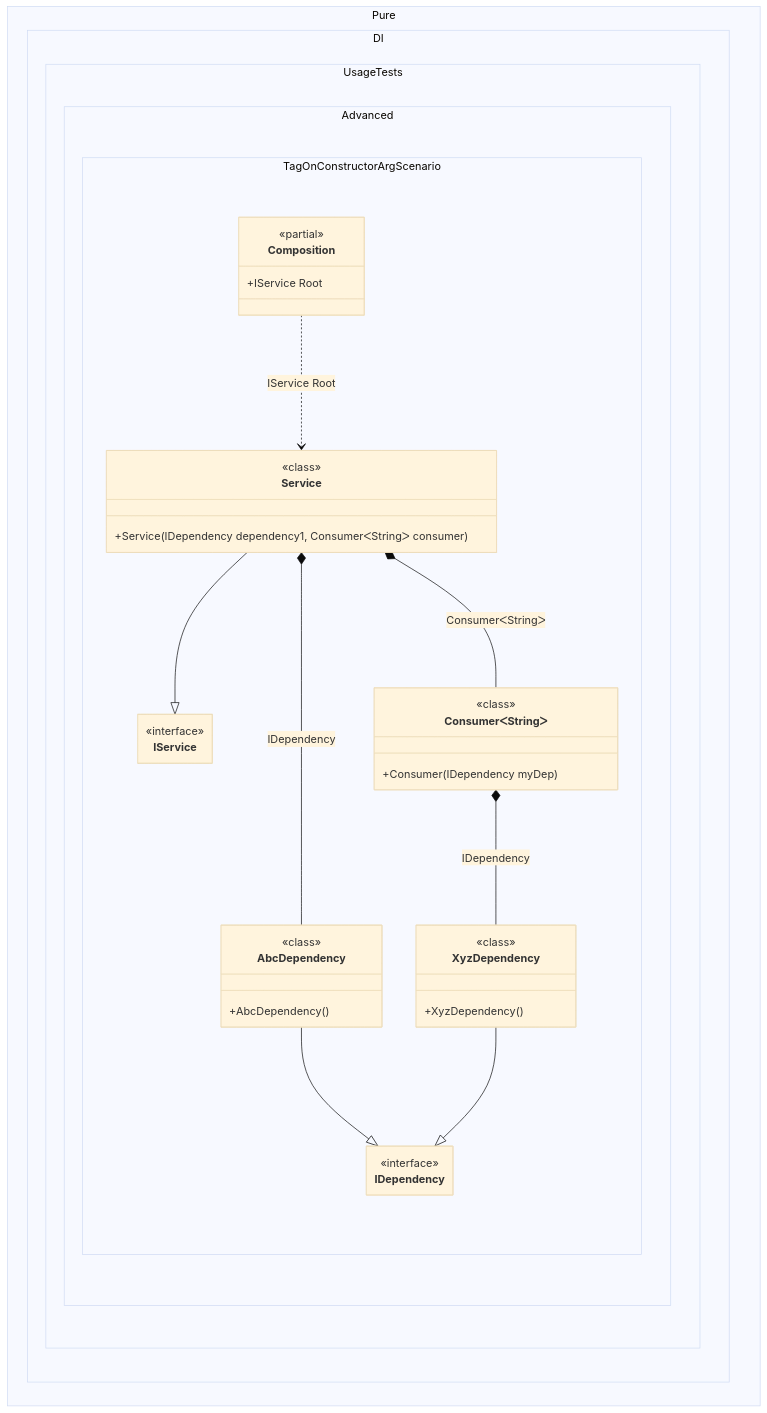
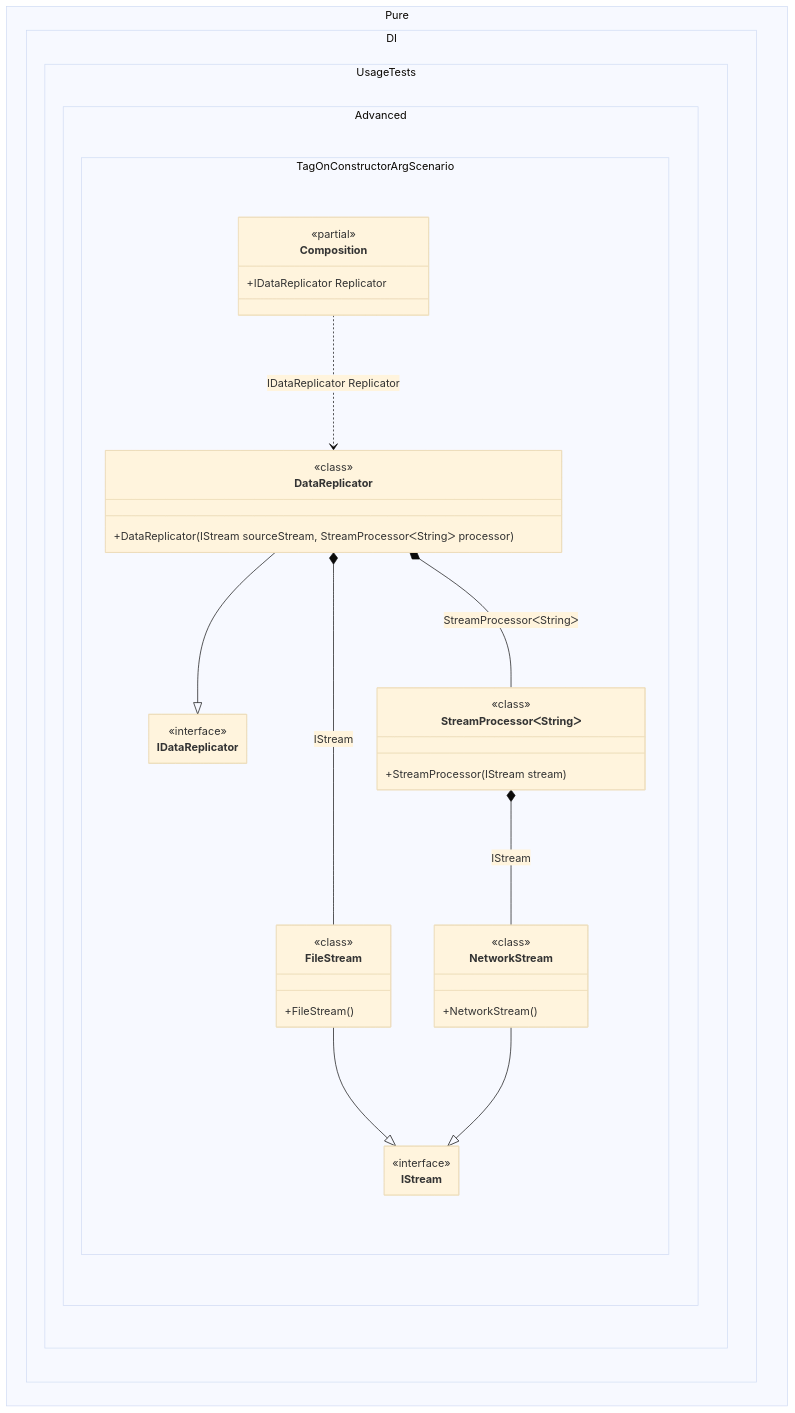
One commit to DevTeam/Pure.DI changed the diagram in readme/tag-on-a-constructor-argument.md. Above: the diagram before and after it, drawn with Mermaid (base theme). The commit also changed other lines of this file and 126 other files, not shown here.

````diff
--- a/readme/tag-on-a-constructor-argument.md
+++ b/readme/tag-on-a-constructor-argument.md
@@ -111,45 +111,45 @@
 ```mermaid
 ---
  config:
   maxTextSize: 2147483647
   maxEdges: 2147483647
   class:
    hideEmptyMembersBox: true
 ---
 classDiagram
-	AbcDependency --|> IDependency
-	XyzDependency --|> IDependency
-	Service --|> IService
-	Composition ..> Service : IService Root
-	Service *--  AbcDependency : IDependency
-	Service *--  ConsumerᐸStringᐳ : ConsumerᐸStringᐳ
-	ConsumerᐸStringᐳ *--  XyzDependency : IDependency
+	FileStream --|> IStream
+	NetworkStream --|> IStream
+	DataReplicator --|> IDataReplicator
+	Composition ..> DataReplicator : IDataReplicator Replicator
+	DataReplicator *--  FileStream : IStream
+	DataReplicator *--  StreamProcessorᐸStringᐳ : StreamProcessorᐸStringᐳ
+	StreamProcessorᐸStringᐳ *--  NetworkStream : IStream
 	namespace Pure.DI.UsageTests.Advanced.TagOnConstructorArgScenario {
-		class AbcDependency {
-				<<class>>
-			+AbcDependency()
-		}
 		class Composition {
 		<<partial>>
-		+IService Root
+		+IDataReplicator Replicator
 		}
-		class ConsumerᐸStringᐳ {
+		class DataReplicator {
 				<<class>>
-			+Consumer(IDependency myDep)
+			+DataReplicator(IStream sourceStream, StreamProcessorᐸStringᐳ processor)
 		}
-		class IDependency {
+		class FileStream {
+				<<class>>
+			+FileStream()
+		}
+		class IDataReplicator {
 			<<interface>>
 		}
-		class IService {
+		class IStream {
 			<<interface>>
 		}
-		class Service {
+		class NetworkStream {
 				<<class>>
-			+Service(IDependency dependency1, ConsumerᐸStringᐳ consumer)
+			+NetworkStream()
 		}
-		class XyzDependency {
+		class StreamProcessorᐸStringᐳ {
 				<<class>>
-			+XyzDependency()
+			+StreamProcessor(IStream stream)
 		}
 	}
 ```
````
